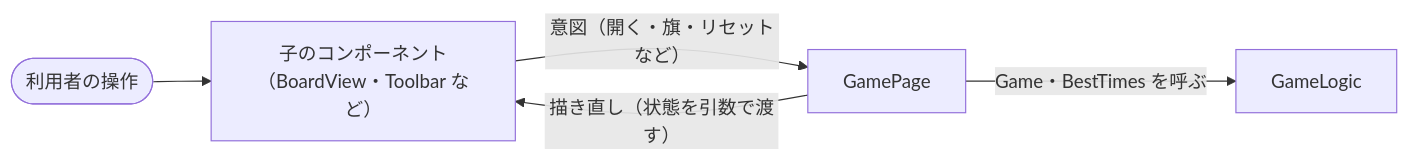
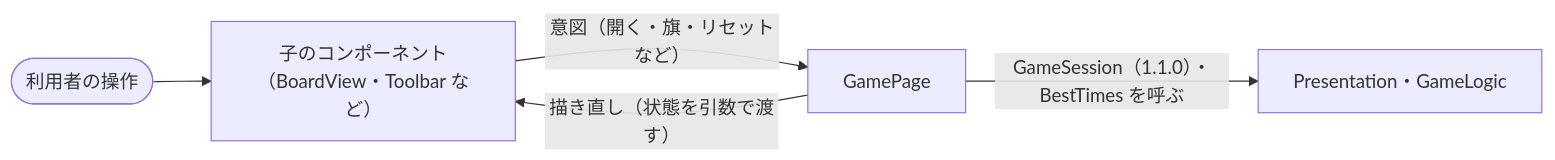
One commit to Fujiwo/Shos.Minesweeper changed the fifth of 12 diagrams in docs/04-architecture.md. Above: the diagram before and after it, drawn with Mermaid. The commit also changed other lines of this file and 2 other files, not shown here.

First line of the commit message:
Refactor sound effect implementation in architecture review

````diff
--- a/docs/04-architecture.md
+++ b/docs/04-architecture.md
@@ -352,7 +363,7 @@
 ```mermaid
 flowchart LR
     User(["利用者の操作"]) --> Child["子のコンポーネント<br/>（BoardView・Toolbar など）"]
     Child -- "意図（開く・旗・リセットなど）" --> GamePage
-    GamePage -- "Game・BestTimes を呼ぶ" --> Logic["GameLogic"]
+    GamePage -- "GameSession（1.1.0）・BestTimes を呼ぶ" --> Logic["Presentation・GameLogic"]
     GamePage -- "描き直し（状態を引数で渡す）" --> Child
 ```
````
